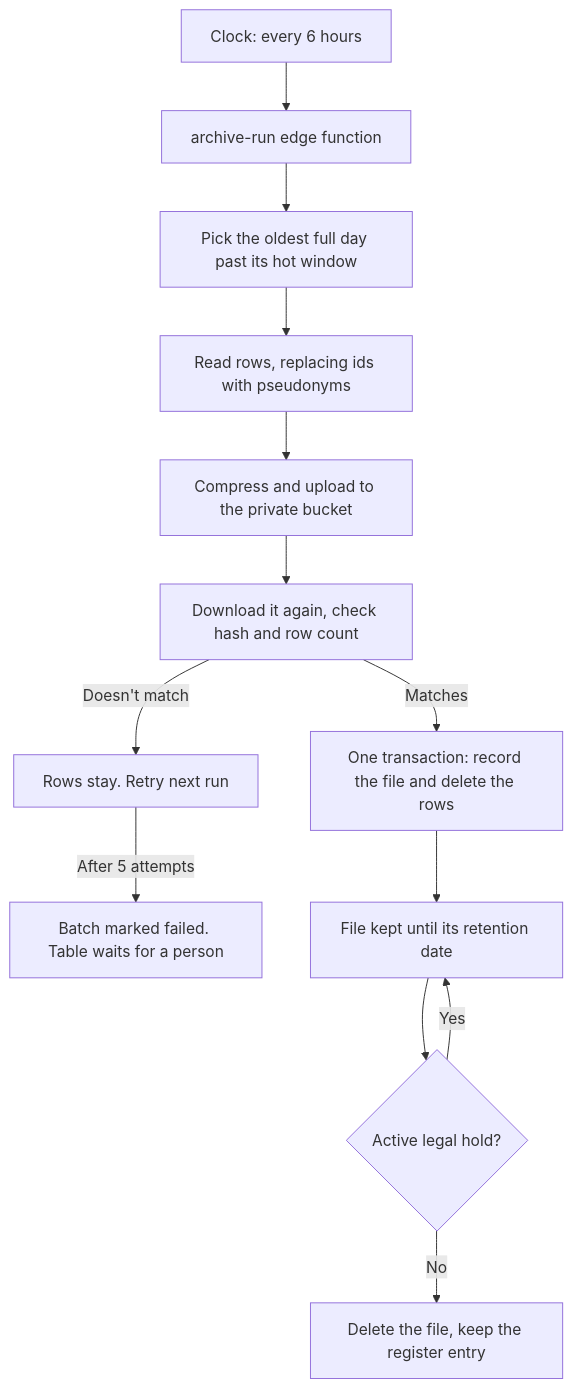
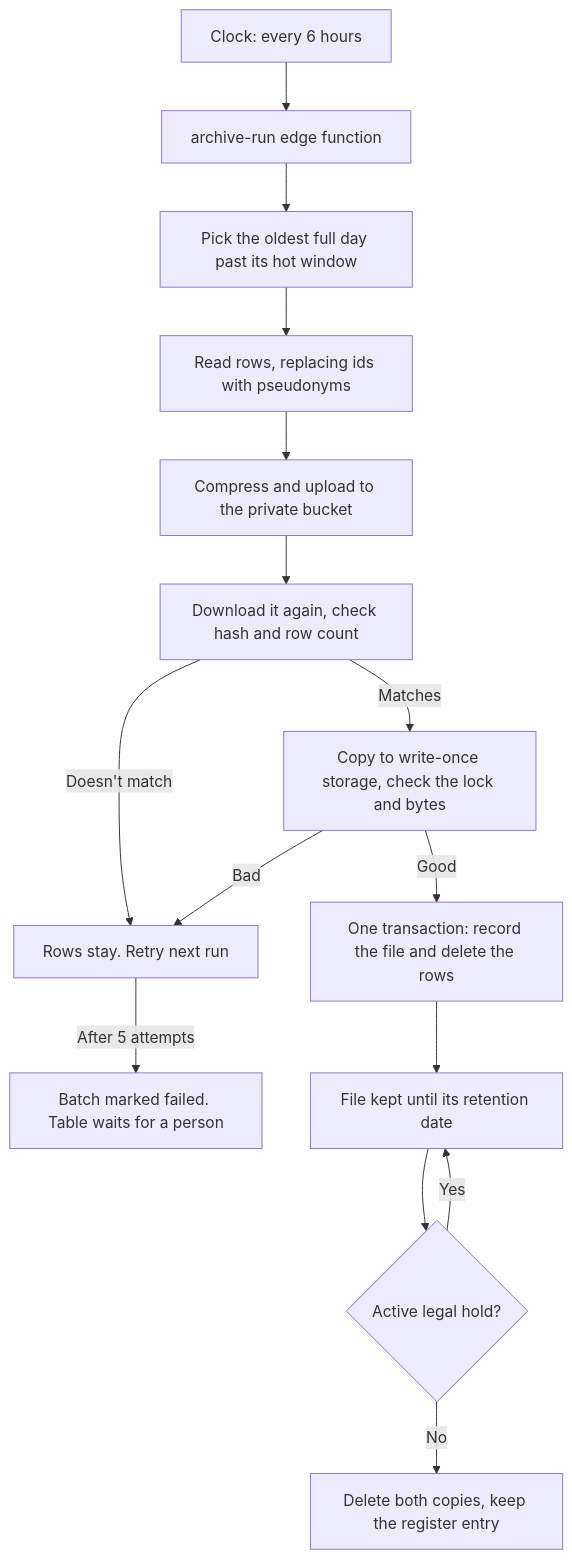
Before and after one commit to KIMGITO/FluencyTalks: the diagram in docs/DATA_RETENTION.md, drawn with Mermaid. The commit also changed other lines of this file and 28 other files, not shown here.

````diff
--- a/docs/DATA_RETENTION.md
+++ b/docs/DATA_RETENTION.md
@@ -51,15 +84,17 @@
 ```mermaid
 flowchart TD
     A[Clock: every 6 hours] --> B[archive-run edge function]
     B --> C[Pick the oldest full day past its hot window]
     C --> D[Read rows, replacing ids with pseudonyms]
     D --> E[Compress and upload to the private bucket]
     E --> F[Download it again, check hash and row count]
-    F -->|Matches| G[One transaction: record the file and delete the rows]
+    F -->|Matches| W[Copy to write-once storage, check the lock and bytes]
     F -->|Doesn't match| H[Rows stay. Retry next run]
+    W -->|Good| G[One transaction: record the file and delete the rows]
+    W -->|Bad| H
     H -->|After 5 attempts| I[Batch marked failed. Table waits for a person]
     G --> J[File kept until its retention date]
     J --> K{Active legal hold?}
     K -->|Yes| J
-    K -->|No| L[Delete the file, keep the register entry]
+    K -->|No| L[Delete both copies, keep the register entry]
 ```
````
